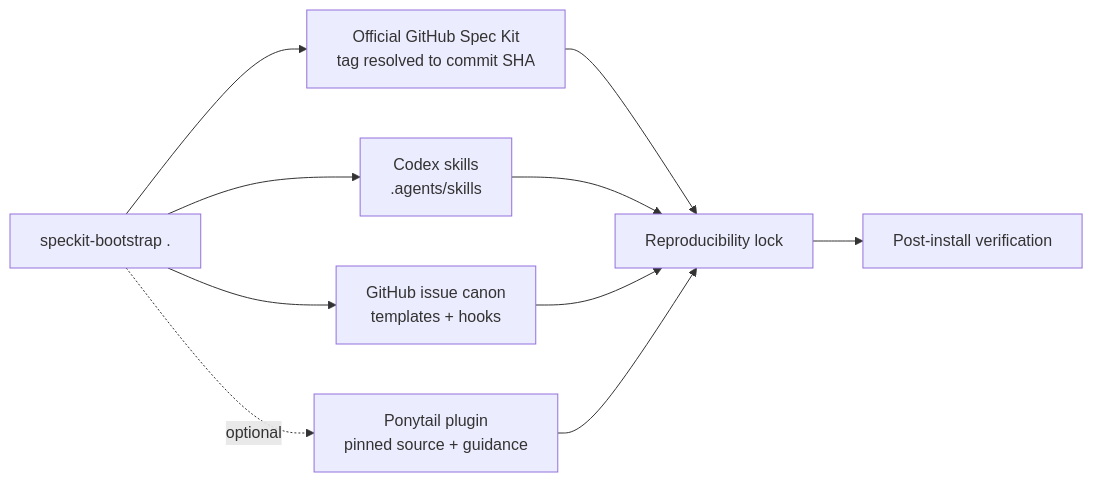
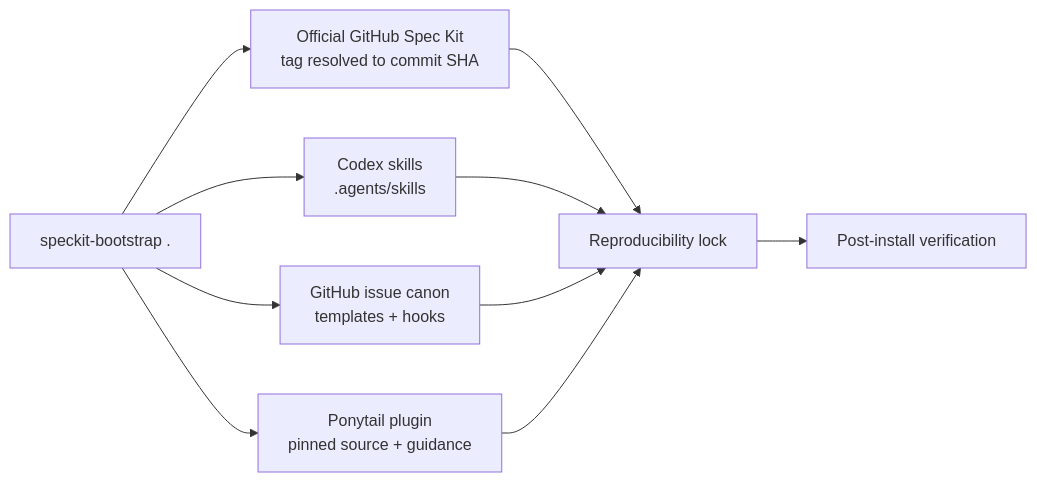
Before and after one commit to yshishenya/speckit-bootstrap: the diagram in README.md, drawn with Mermaid. The commit also changed other lines of this file and 1 other file, not shown here.

````diff
--- a/README.md
+++ b/README.md
@@ -163,12 +163,12 @@
 ```mermaid
 flowchart LR
     A["speckit-bootstrap ."] --> B["Official GitHub Spec Kit<br/>tag resolved to commit SHA"]
     A --> C["Codex skills<br/>.agents/skills"]
     A --> D["GitHub issue canon<br/>templates + hooks"]
-    A -. optional .-> E["Ponytail plugin<br/>pinned source + guidance"]
+    A --> E["Ponytail plugin<br/>pinned source + guidance"]
     B --> F["Reproducibility lock"]
     C --> F
     D --> F
     E --> F
     F --> G["Post-install verification"]
 ```
````
